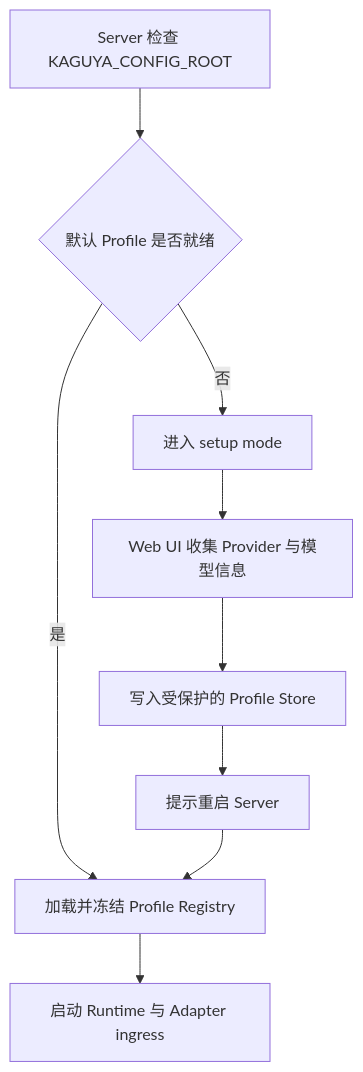
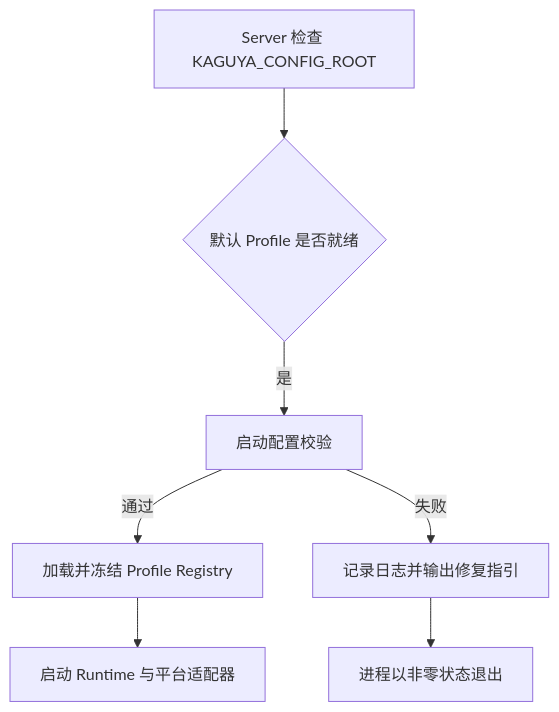
One commit to posanbu/Kaguya changed the diagram in docs/guide/configuration.md. Above: the diagram before and after it, drawn with Mermaid. The commit also changed other lines of this file and 19 other files, not shown here.

Commit message:
feat(server): validate profile configuration before startup

````diff
--- a/docs/guide/configuration.md
+++ b/docs/guide/configuration.md
@@ -12,11 +12,9 @@
 ```mermaid
 flowchart TD
   A[Server 检查 KAGUYA_CONFIG_ROOT] --> B{默认 Profile 是否就绪}
-  B -- 是 --> C[加载并冻结 Profile Registry]
-  C --> D[启动 Runtime 与 Adapter ingress]
-  B -- 否 --> E[进入 setup mode]
-  E --> F[Web UI 收集 Provider 与模型信息]
-  F --> G[写入受保护的 Profile Store]
-  G --> H[提示重启 Server]
-  H --> C
+  B -- 是 --> C[启动配置校验]
+  C -- 通过 --> D[加载并冻结 Profile Registry]
+  D --> E[启动 Runtime 与平台适配器]
+  C -- 失败 --> F[记录日志并输出修复指引]
+  F --> G[进程以非零状态退出]
 ```
````
